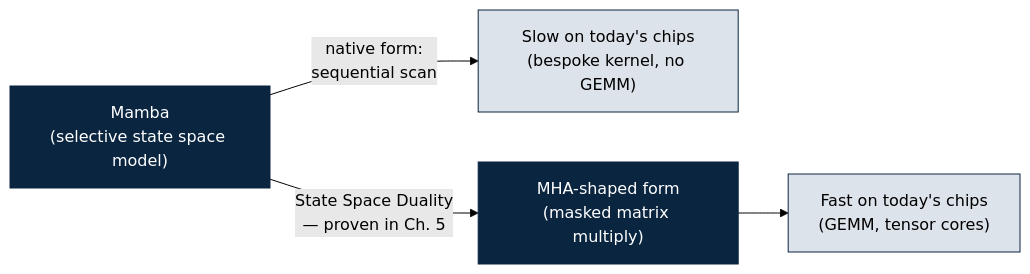
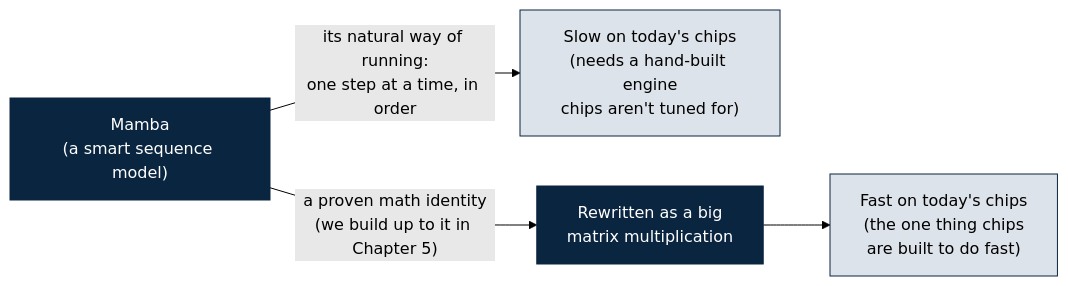
Before and after one commit to KathpaliaChirag/Nanopore-project: the first of 4 diagrams in MAMBA_MHA_EXPLAINER.md, drawn with Mermaid (forest theme). The commit also changed other lines of this file, not shown here.

First line of the commit message:
docs: rewrite MAMBA_MHA_EXPLAINER as a zero-background, professor-voice walkthrough

````diff
--- a/MAMBA_MHA_EXPLAINER.md
+++ b/MAMBA_MHA_EXPLAINER.md
@@ -7,11 +9,11 @@
 ```mermaid
 graph LR
-    A["Mamba<br/>(selective state space model)"] -- "native form:<br/>sequential scan" --> B["Slow on today's chips<br/>(bespoke kernel, no GEMM)"]
-    A -- "State Space Duality<br/>— proven in Ch. 5" --> C["MHA-shaped form<br/>(masked matrix multiply)"]
-    C --> D["Fast on today's chips<br/>(GEMM, tensor cores)"]
+    A["Mamba<br/>(a smart sequence model)"] -- "its natural way of running:<br/>one step at a time, in order" --> B["Slow on today's chips<br/>(needs a hand-built engine<br/>chips aren't tuned for)"]
+    A -- "a proven math identity<br/>(we build up to it in Chapter 5)" --> C["Rewritten as a big<br/>matrix multiplication"]
+    C --> D["Fast on today's chips<br/>(the one thing chips<br/>are built to do fast)"]
 
     style A fill:#0A2540,color:#fff,stroke:#0A2540
     style C fill:#0A2540,color:#fff,stroke:#0A2540
     style B fill:#DDE3EA,stroke:#0A2540
     style D fill:#DDE3EA,stroke:#0A2540
 ```
````
